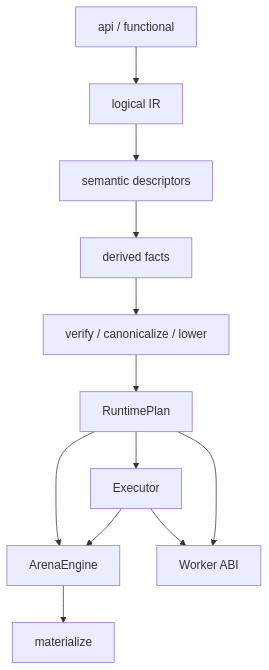
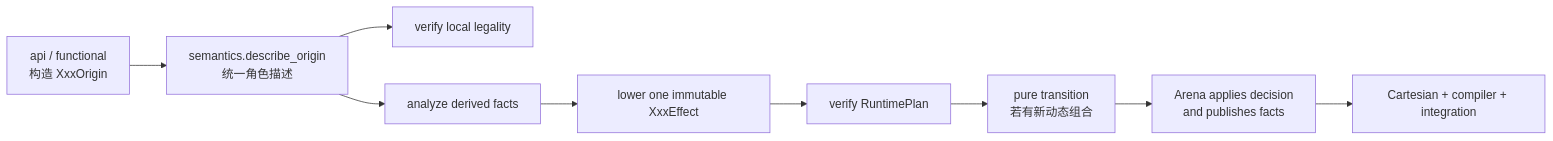
Diagram 16 of 16 in docs/multigrain_v3_5_tutorial.md (OpenDCAI/RayOrch), drawn with Mermaid before and after one commit. The commit also changed other lines of this file and 29 other files, not shown here.

````diff
--- a/docs/multigrain_v3_5_tutorial.md
+++ b/docs/multigrain_v3_5_tutorial.md
@@ -1014,14 +1513,11 @@
 ```mermaid
-flowchart TD
-    API["api / functional"] --> Logical["logical IR"]
-    Logical --> Semantics["semantic descriptors"]
-    Semantics --> Analysis["derived facts"]
-    Analysis --> Compiler["verify / canonicalize / lower"]
-    Compiler --> Plan["RuntimePlan"]
-    Plan --> Arena["ArenaEngine"]
-    Plan --> Executor["Executor"]
-    Plan --> Worker["Worker ABI"]
-    Arena --> Materialize["materialize"]
-    Executor --> Arena
-    Executor --> Worker
+flowchart LR
+    Author["api / functional<br/>构造 XxxOrigin"] --> Parser["semantics.describe_origin<br/>统一角色描述"]
+    Parser --> Verify["verify local legality"]
+    Parser --> Facts["analyze derived facts"]
+    Facts --> Lower["lower one immutable XxxEffect"]
+    Lower --> Plan["verify RuntimePlan"]
+    Plan --> Transition["pure transition<br/>若有新动态组合"]
+    Transition --> Engine["Arena applies decision<br/>and publishes facts"]
+    Engine --> Tests["Cartesian + compiler + integration"]
 ```
````
